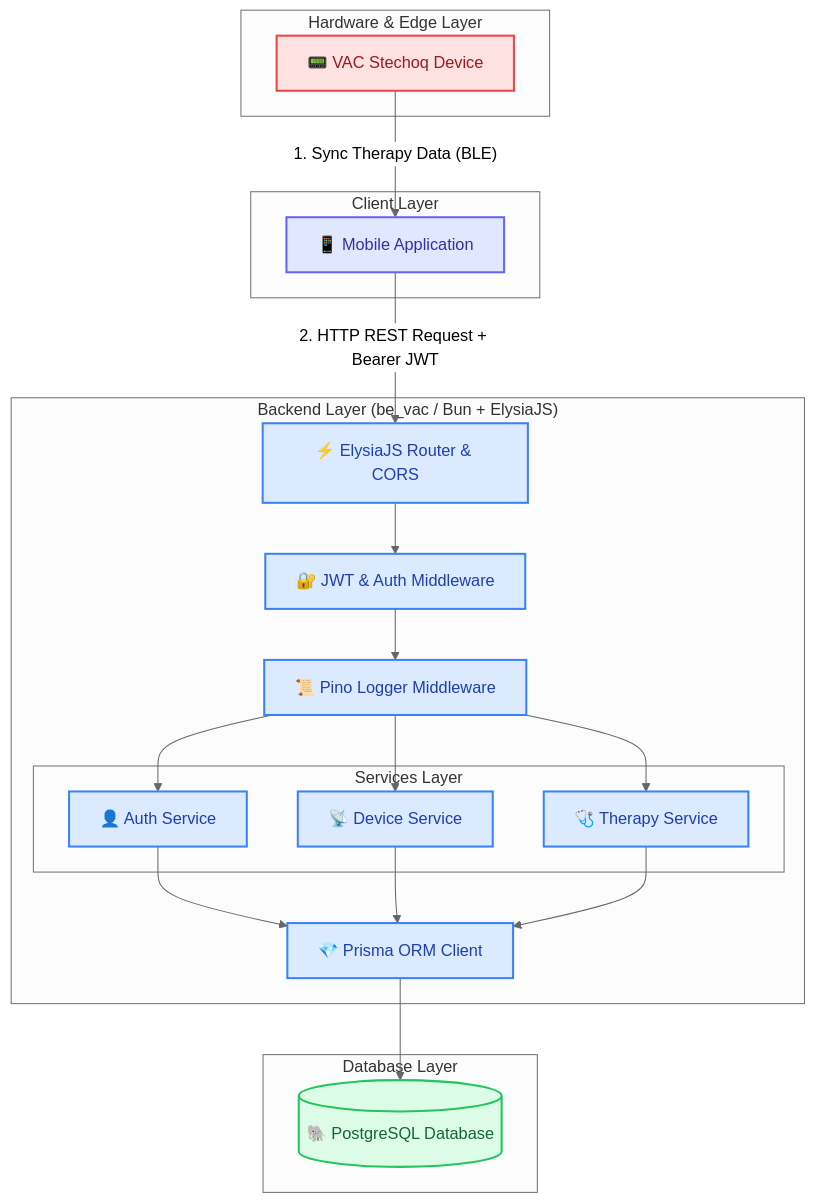
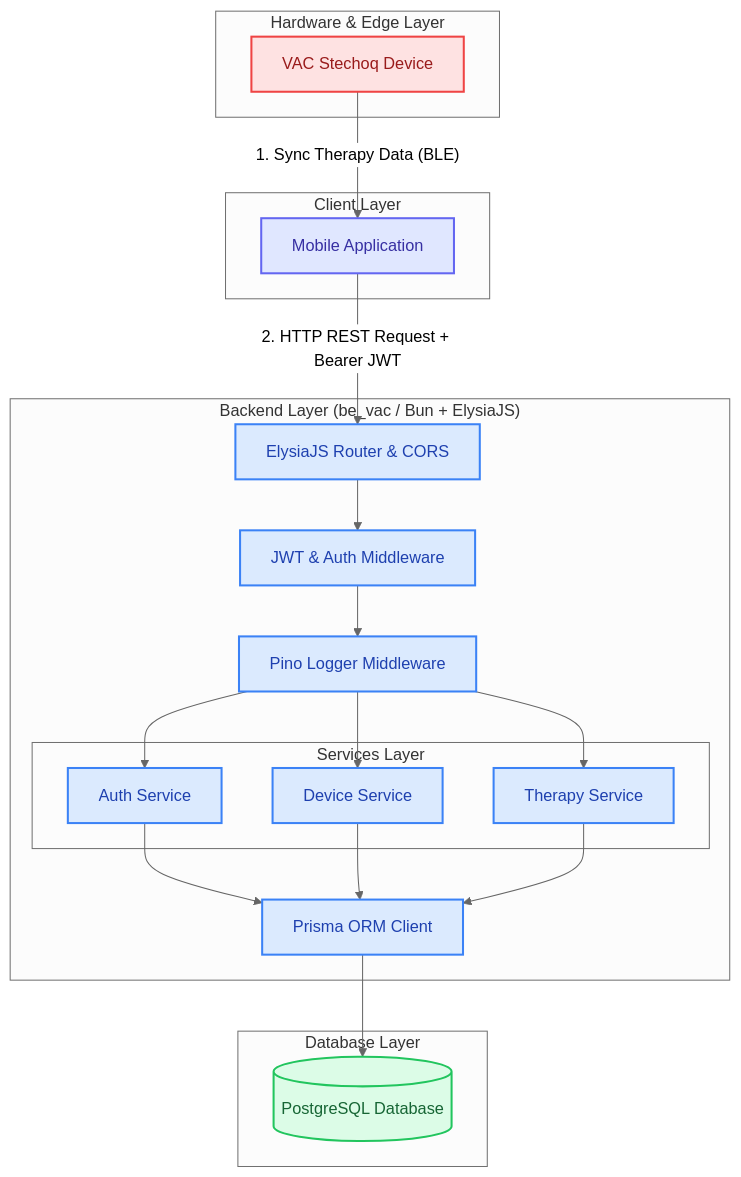
One commit to nashirabbash/be_vac changed the first of 5 diagrams in README.md. Above: the diagram before and after it, drawn with Mermaid (neutral theme). The commit also changed other lines of this file, not shown here.

Commit message:
docs: remove emojis/icons from mermaid diagrams

````diff
--- a/README.md
+++ b/README.md
@@ -76,53 +76,53 @@
 ```mermaid
 flowchart TB
     accTitle: System Architecture and Data Flow
     accDescr: High-level diagram showing interaction between hardware, mobile app, ElysiaJS backend, and PostgreSQL.
 
     subgraph hardware_layer["Hardware & Edge Layer"]
-        vac_device["📟 VAC Stechoq Device"]
+        vac_device["VAC Stechoq Device"]
     end
 
     subgraph client_layer["Client Layer"]
-        mobile_app["📱 Mobile Application"]
+        mobile_app["Mobile Application"]
     end
 
     subgraph backend_layer["Backend Layer (be_vac / Bun + ElysiaJS)"]
-        api_router["⚡ ElysiaJS Router & CORS"]
-        jwt_auth["🔐 JWT & Auth Middleware"]
-        pino_logger["📜 Pino Logger Middleware"]
+        api_router["ElysiaJS Router & CORS"]
+        jwt_auth["JWT & Auth Middleware"]
+        pino_logger["Pino Logger Middleware"]
 
         subgraph services["Services Layer"]
-            auth_service["👤 Auth Service"]
-            device_service["📡 Device Service"]
-            therapy_service["🩺 Therapy Service"]
+            auth_service["Auth Service"]
+            device_service["Device Service"]
+            therapy_service["Therapy Service"]
         end
 
-        prisma_orm["💎 Prisma ORM Client"]
+        prisma_orm["Prisma ORM Client"]
     end
 
     subgraph database_layer["Database Layer"]
-        postgres_db[("🐘 PostgreSQL Database")]
+        postgres_db[("PostgreSQL Database")]
     end
 
     vac_device -- "1. Sync Therapy Data (BLE)" --> mobile_app
     mobile_app -- "2. HTTP REST Request + Bearer JWT" --> api_router
     api_router --> jwt_auth
     jwt_auth --> pino_logger
     pino_logger --> auth_service
     pino_logger --> device_service
     pino_logger --> therapy_service
     auth_service --> prisma_orm
     device_service --> prisma_orm
     therapy_service --> prisma_orm
     prisma_orm --> postgres_db
 
     classDef hw fill:#fee2e2,stroke:#ef4444,stroke-width:2px,color:#991b1b
     classDef client fill:#e0e7ff,stroke:#6366f1,stroke-width:2px,color:#3730a3
     classDef server fill:#dbeafe,stroke:#3b82f6,stroke-width:2px,color:#1e40af
     classDef db fill:#dcfce7,stroke:#22c55e,stroke-width:2px,color:#166534
 
     class vac_device hw
     class mobile_app client
     class api_router,jwt_auth,pino_logger,auth_service,device_service,therapy_service,prisma_orm server
     class postgres_db db
 ```
````
